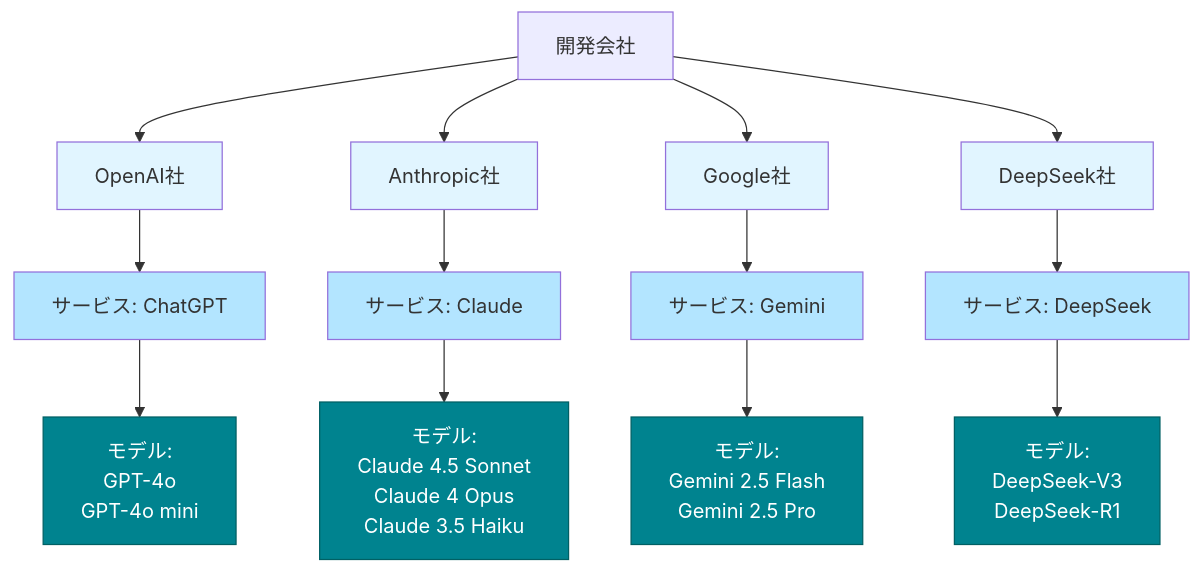
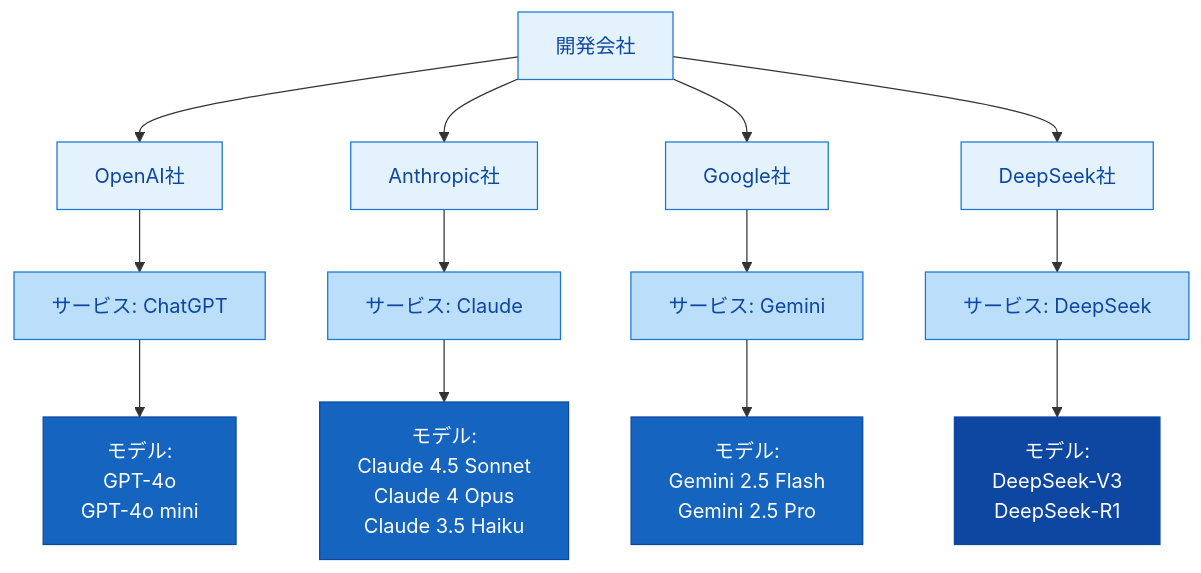
One commit to cyber-freaks-jp/AI_Driven_Development_Course changed the third of 3 diagrams in book/pages/モデルとは.md. Above: the diagram before and after it, drawn with Mermaid. The commit also changed other lines of this file and 12 other files, not shown here.

````diff
--- a/book/pages/モデルとは.md
+++ b/book/pages/モデルとは.md
@@ -64,30 +77,31 @@
 ```mermaid
 graph TD
     A[開発会社] --> A1[OpenAI社]
     A --> A2[Anthropic社]
     A --> A3[Google社]
     A --> A4[DeepSeek社]
 
     A1 --> B1[サービス: ChatGPT]
     A2 --> B2[サービス: Claude]
     A3 --> B3[サービス: Gemini]
     A4 --> B4[サービス: DeepSeek]
 
     B1 --> C1[モデル: <br>GPT-4o<br/>GPT-4o mini]
     B2 --> C2[モデル: <br>Claude 4.5 Sonnet<br/>Claude 4 Opus<br/>Claude 3.5 Haiku]
     B3 --> C3[モデル: <br>Gemini 2.5 Flash<br/>Gemini 2.5 Pro]
     B4 --> C4[モデル: <br>DeepSeek-V3<br/>DeepSeek-R1]
 
-    style A1 fill:#e1f5ff
-    style A2 fill:#e1f5ff
-    style A3 fill:#e1f5ff
-    style A4 fill:#e1f5ff
-    style B1 fill:#b3e5ff
-    style B2 fill:#b3e5ff
-    style B3 fill:#b3e5ff
-    style B4 fill:#b3e5ff
-    style C1 fill:#00838F,color:#FFFFFF,stroke:#006064
-    style C2 fill:#00838F,color:#FFFFFF,stroke:#006064
-    style C3 fill:#00838F,color:#FFFFFF,stroke:#006064
-    style C4 fill:#00838F,color:#FFFFFF,stroke:#006064
+    style A fill:#e3f2fd,color:#0d47a1,stroke:#1976d2
+    style A1 fill:#e3f2fd,color:#0d47a1,stroke:#1976d2
+    style A2 fill:#e3f2fd,color:#0d47a1,stroke:#1976d2
+    style A3 fill:#e3f2fd,color:#0d47a1,stroke:#1976d2
+    style A4 fill:#e3f2fd,color:#0d47a1,stroke:#1976d2
+    style B1 fill:#bbdefb,color:#0d47a1,stroke:#1976d2
+    style B2 fill:#bbdefb,color:#0d47a1,stroke:#1976d2
+    style B3 fill:#bbdefb,color:#0d47a1,stroke:#1976d2
+    style B4 fill:#bbdefb,color:#0d47a1,stroke:#1976d2
+    style C1 fill:#1565c0,color:#ffffff,stroke:#0d47a1
+    style C2 fill:#1565c0,color:#ffffff,stroke:#0d47a1
+    style C3 fill:#1565c0,color:#ffffff,stroke:#0d47a1
+    style C4 fill:#0d47a1,color:#ffffff,stroke:#0d47a1
 ```
````
